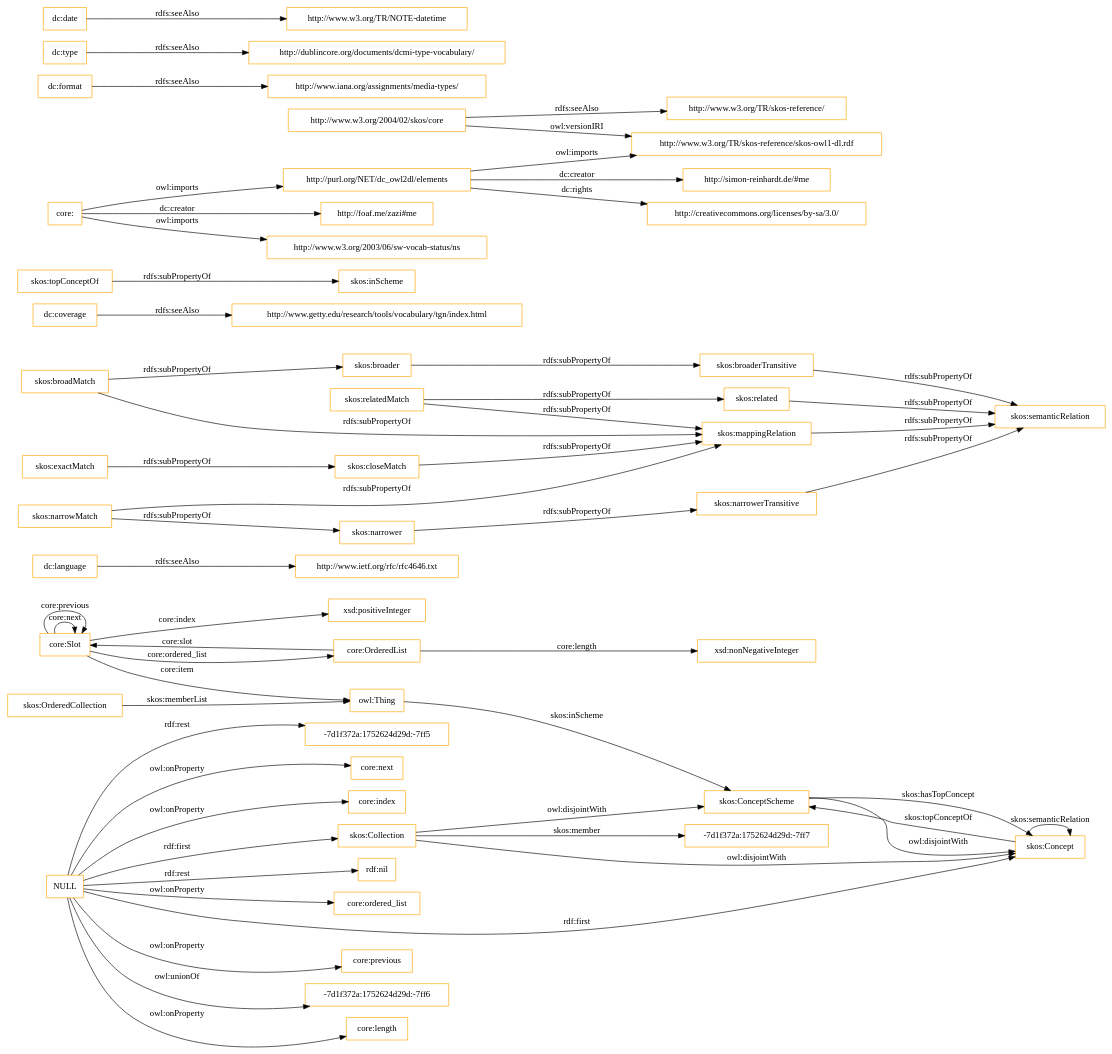
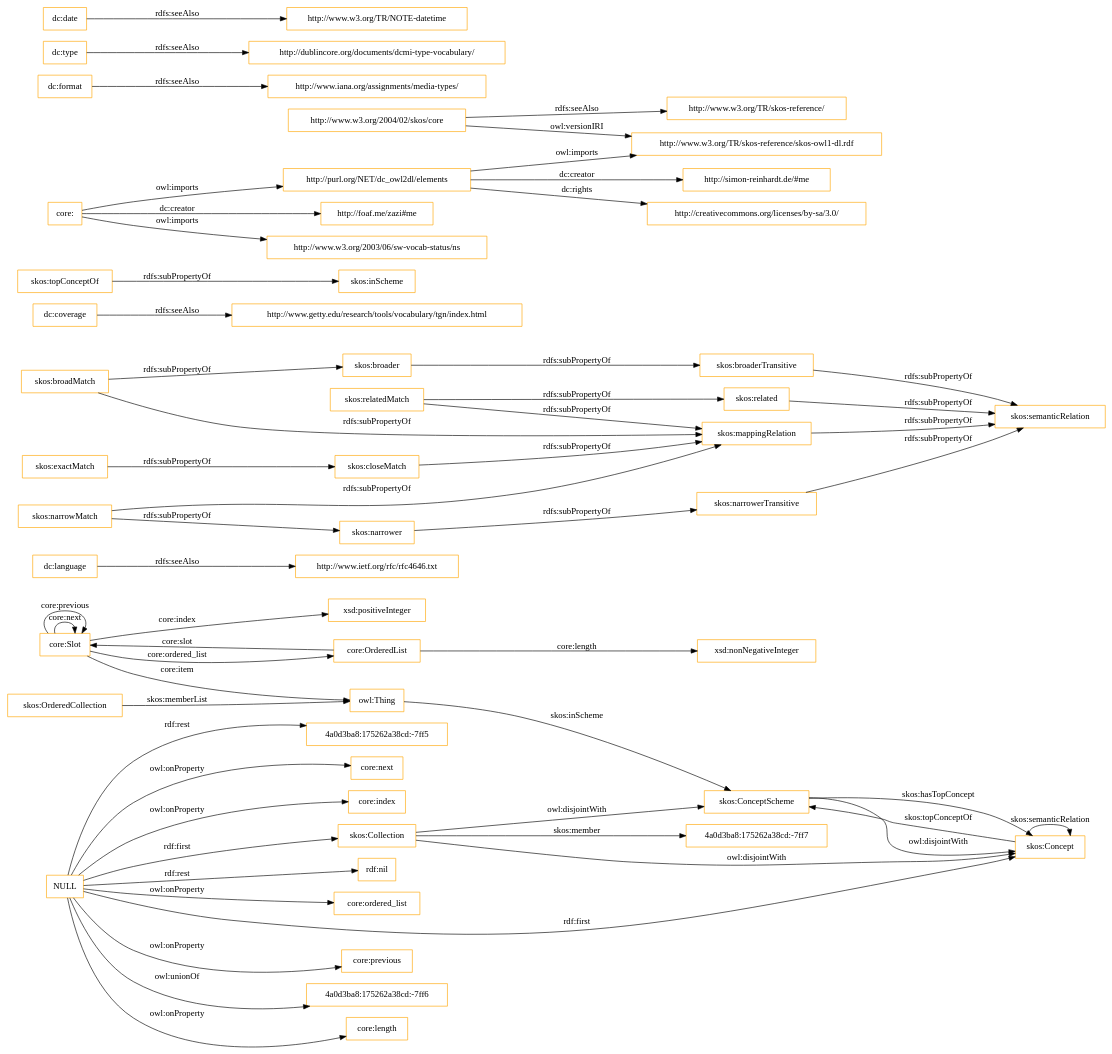
The diagram in OnToology/imports/core.owl/diagrams/ar2dtool-class/core.owl.png.dot (OnToologyUser/core-ontology-1), drawn with Graphviz before and after one commit. The commit also changed 14 other files, not shown here.

```diff
--- a/OnToology/imports/core.owl/diagrams/ar2dtool-class/core.owl.png.dot
+++ b/OnToology/imports/core.owl/diagrams/ar2dtool-class/core.owl.png.dot
@@ -1,60 +1,60 @@
 digraph ar2dtool_diagram { 
 rankdir=LR;
 size="1501"
-node [shape = rectangle, color="orange"]; "core:Slot" "core:OrderedList" "-7d1f372a:1752624d29d:-7ff7" "skos:OrderedCollection" "skos:Collection" "skos:ConceptScheme" "skos:Concept" ; /*classes style*/
+node [shape = rectangle, color="orange"]; "core:Slot" "core:OrderedList" "4a0d3ba8:175262a38cd:-7ff7" "skos:OrderedCollection" "skos:Collection" "skos:ConceptScheme" "skos:Concept" ; /*classes style*/
 	"dc:language" -> "http://www.ietf.org/rfc/rfc4646.txt" [ label = "rdfs:seeAlso" ];
 	"NULL" -> "core:previous" [ label = "owl:onProperty" ];
-	"NULL" -> "-7d1f372a:1752624d29d:-7ff6" [ label = "owl:unionOf" ];
+	"NULL" -> "4a0d3ba8:175262a38cd:-7ff6" [ label = "owl:unionOf" ];
 	"NULL" -> "core:length" [ label = "owl:onProperty" ];
 	"NULL" -> "skos:Concept" [ label = "rdf:first" ];
-	"NULL" -> "-7d1f372a:1752624d29d:-7ff5" [ label = "rdf:rest" ];
+	"NULL" -> "4a0d3ba8:175262a38cd:-7ff5" [ label = "rdf:rest" ];
 	"NULL" -> "core:next" [ label = "owl:onProperty" ];
 	"NULL" -> "core:index" [ label = "owl:onProperty" ];
 	"NULL" -> "rdf:nil" [ label = "rdf:rest" ];
 	"NULL" -> "core:ordered_list" [ label = "owl:onProperty" ];
 	"NULL" -> "skos:Collection" [ label = "rdf:first" ];
 	"skos:closeMatch" -> "skos:mappingRelation" [ label = "rdfs:subPropertyOf" ];
 	"dc:coverage" -> "http://www.getty.edu/research/tools/vocabulary/tgn/index.html" [ label = "rdfs:seeAlso" ];
 	"skos:relatedMatch" -> "skos:related" [ label = "rdfs:subPropertyOf" ];
 	"skos:relatedMatch" -> "skos:mappingRelation" [ label = "rdfs:subPropertyOf" ];
 	"skos:ConceptScheme" -> "skos:Concept" [ label = "owl:disjointWith" ];
 	"skos:related" -> "skos:semanticRelation" [ label = "rdfs:subPropertyOf" ];
 	"skos:topConceptOf" -> "skos:inScheme" [ label = "rdfs:subPropertyOf" ];
 	"skos:broadMatch" -> "skos:broader" [ label = "rdfs:subPropertyOf" ];
 	"skos:broadMatch" -> "skos:mappingRelation" [ label = "rdfs:subPropertyOf" ];
 	"http://purl.org/NET/dc_owl2dl/elements" -> "http://www.w3.org/TR/skos-reference/skos-owl1-dl.rdf" [ label = "owl:imports" ];
 	"http://purl.org/NET/dc_owl2dl/elements" -> "http://creativecommons.org/licenses/by-sa/3.0/" [ label = "dc:rights" ];
 	"http://purl.org/NET/dc_owl2dl/elements" -> "http://simon-reinhardt.de/#me" [ label = "dc:creator" ];
 	"skos:exactMatch" -> "skos:closeMatch" [ label = "rdfs:subPropertyOf" ];
 	"dc:format" -> "http://www.iana.org/assignments/media-types/" [ label = "rdfs:seeAlso" ];
 	"core:" -> "http://foaf.me/zazi#me" [ label = "dc:creator" ];
 	"core:" -> "http://www.w3.org/2003/06/sw-vocab-status/ns" [ label = "owl:imports" ];
 	"core:" -> "http://purl.org/NET/dc_owl2dl/elements" [ label = "owl:imports" ];
 	"skos:broaderTransitive" -> "skos:semanticRelation" [ label = "rdfs:subPropertyOf" ];
 	"skos:mappingRelation" -> "skos:semanticRelation" [ label = "rdfs:subPropertyOf" ];
 	"skos:broader" -> "skos:broaderTransitive" [ label = "rdfs:subPropertyOf" ];
 	"dc:type" -> "http://dublincore.org/documents/dcmi-type-vocabulary/" [ label = "rdfs:seeAlso" ];
 	"http://www.w3.org/2004/02/skos/core" -> "http://www.w3.org/TR/skos-reference/skos-owl1-dl.rdf" [ label = "owl:versionIRI" ];
 	"http://www.w3.org/2004/02/skos/core" -> "http://www.w3.org/TR/skos-reference/" [ label = "rdfs:seeAlso" ];
 	"skos:Collection" -> "skos:ConceptScheme" [ label = "owl:disjointWith" ];
 	"skos:Collection" -> "skos:Concept" [ label = "owl:disjointWith" ];
 	"skos:narrowMatch" -> "skos:narrower" [ label = "rdfs:subPropertyOf" ];
 	"skos:narrowMatch" -> "skos:mappingRelation" [ label = "rdfs:subPropertyOf" ];
 	"skos:narrower" -> "skos:narrowerTransitive" [ label = "rdfs:subPropertyOf" ];
 	"dc:date" -> "http://www.w3.org/TR/NOTE-datetime" [ label = "rdfs:seeAlso" ];
 	"skos:narrowerTransitive" -> "skos:semanticRelation" [ label = "rdfs:subPropertyOf" ];
 	"core:Slot" -> "xsd:positiveInteger" [ label = "core:index" ];
 	"skos:Concept" -> "skos:ConceptScheme" [ label = "skos:topConceptOf" ];
 	"core:Slot" -> "owl:Thing" [ label = "core:item" ];
 	"core:OrderedList" -> "xsd:nonNegativeInteger" [ label = "core:length" ];
 	"core:OrderedList" -> "core:Slot" [ label = "core:slot" ];
-	"skos:Collection" -> "-7d1f372a:1752624d29d:-7ff7" [ label = "skos:member" ];
+	"skos:Collection" -> "4a0d3ba8:175262a38cd:-7ff7" [ label = "skos:member" ];
 	"core:Slot" -> "core:Slot" [ label = "core:next" ];
 	"skos:ConceptScheme" -> "skos:Concept" [ label = "skos:hasTopConcept" ];
 	"owl:Thing" -> "skos:ConceptScheme" [ label = "skos:inScheme" ];
 	"core:Slot" -> "core:Slot" [ label = "core:previous" ];
 	"skos:OrderedCollection" -> "owl:Thing" [ label = "skos:memberList" ];
 	"skos:Concept" -> "skos:Concept" [ label = "skos:semanticRelation" ];
 	"core:Slot" -> "core:OrderedList" [ label = "core:ordered_list" ];
 
 }
```
